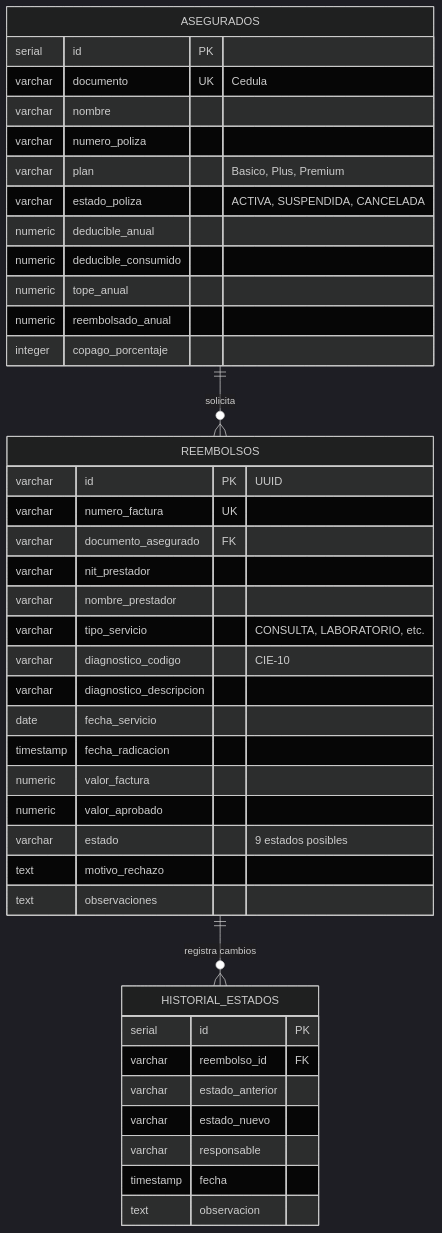
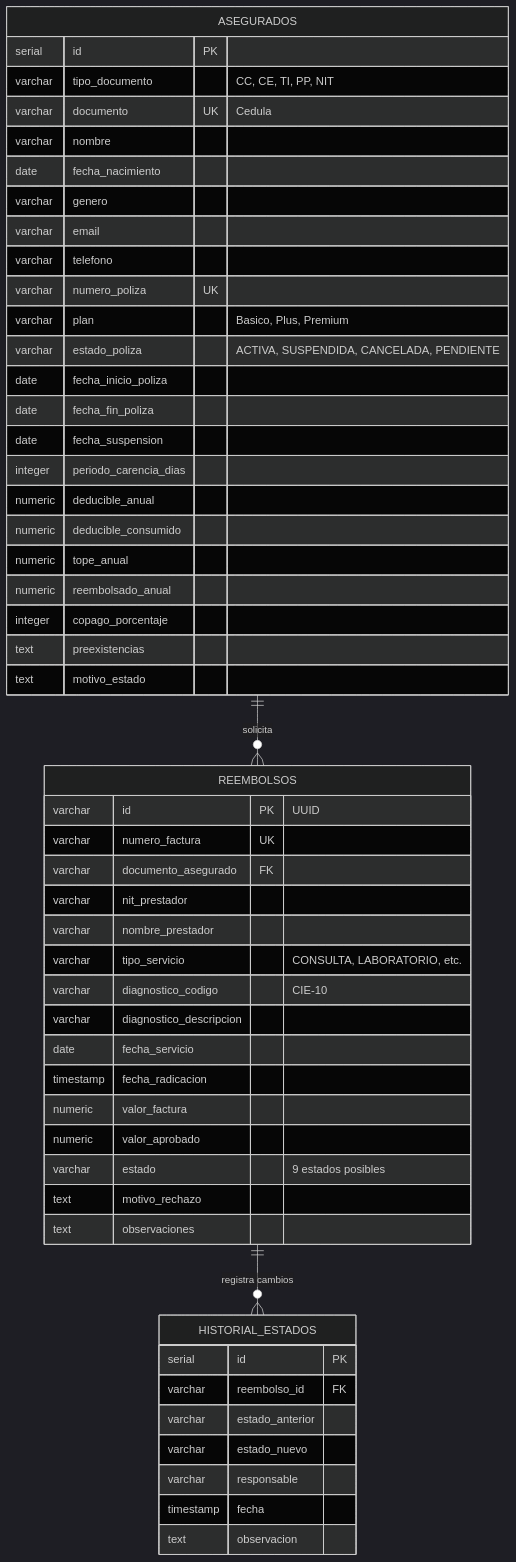
The fifth of 5 diagrams in README.md (gabocolo/dojo-reembolsos), drawn with Mermaid (dark theme) before and after one commit. The commit also changed other lines of this file and 11 other files, not shown here.

````diff
--- a/README.md
+++ b/README.md
@@ -115,47 +142,58 @@
 ```mermaid
 erDiagram
     ASEGURADOS {
         serial id PK
+        varchar tipo_documento "CC, CE, TI, PP, NIT"
         varchar documento UK "Cedula"
         varchar nombre
-        varchar numero_poliza
+        date fecha_nacimiento
+        varchar genero
+        varchar email
+        varchar telefono
+        varchar numero_poliza UK
         varchar plan "Basico, Plus, Premium"
-        varchar estado_poliza "ACTIVA, SUSPENDIDA, CANCELADA"
+        varchar estado_poliza "ACTIVA, SUSPENDIDA, CANCELADA, PENDIENTE"
+        date fecha_inicio_poliza
+        date fecha_fin_poliza
+        date fecha_suspension
+        integer periodo_carencia_dias
         numeric deducible_anual
         numeric deducible_consumido
         numeric tope_anual
         numeric reembolsado_anual
         integer copago_porcentaje
+        text preexistencias
+        text motivo_estado
     }
 
     REEMBOLSOS {
         varchar id PK "UUID"
         varchar numero_factura UK
         varchar documento_asegurado FK
         varchar nit_prestador
         varchar nombre_prestador
         varchar tipo_servicio "CONSULTA, LABORATORIO, etc."
         varchar diagnostico_codigo "CIE-10"
         varchar diagnostico_descripcion
         date fecha_servicio
         timestamp fecha_radicacion
         numeric valor_factura
         numeric valor_aprobado
         varchar estado "9 estados posibles"
         text motivo_rechazo
         text observaciones
     }
 
     HISTORIAL_ESTADOS {
         serial id PK
         varchar reembolso_id FK
         varchar estado_anterior
         varchar estado_nuevo
         varchar responsable
         timestamp fecha
         text observacion
     }
 
     ASEGURADOS ||--o{ REEMBOLSOS : "solicita"
     REEMBOLSOS ||--o{ HISTORIAL_ESTADOS : "registra cambios"
 ```
````
